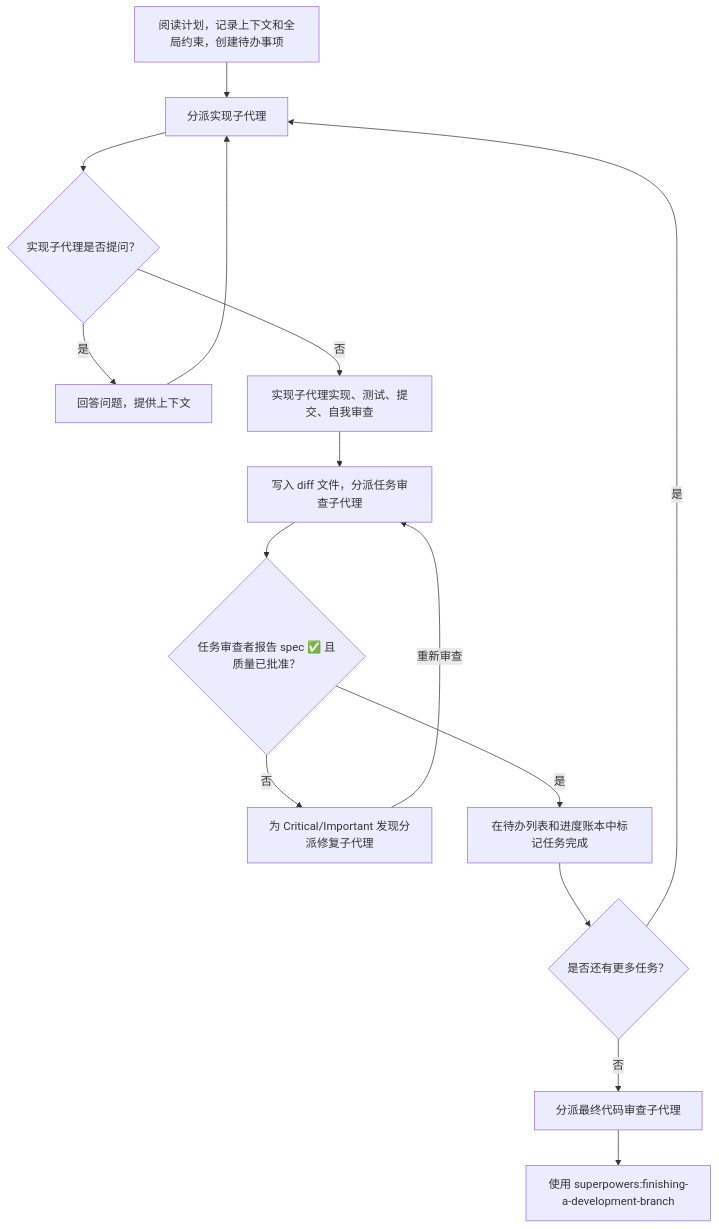
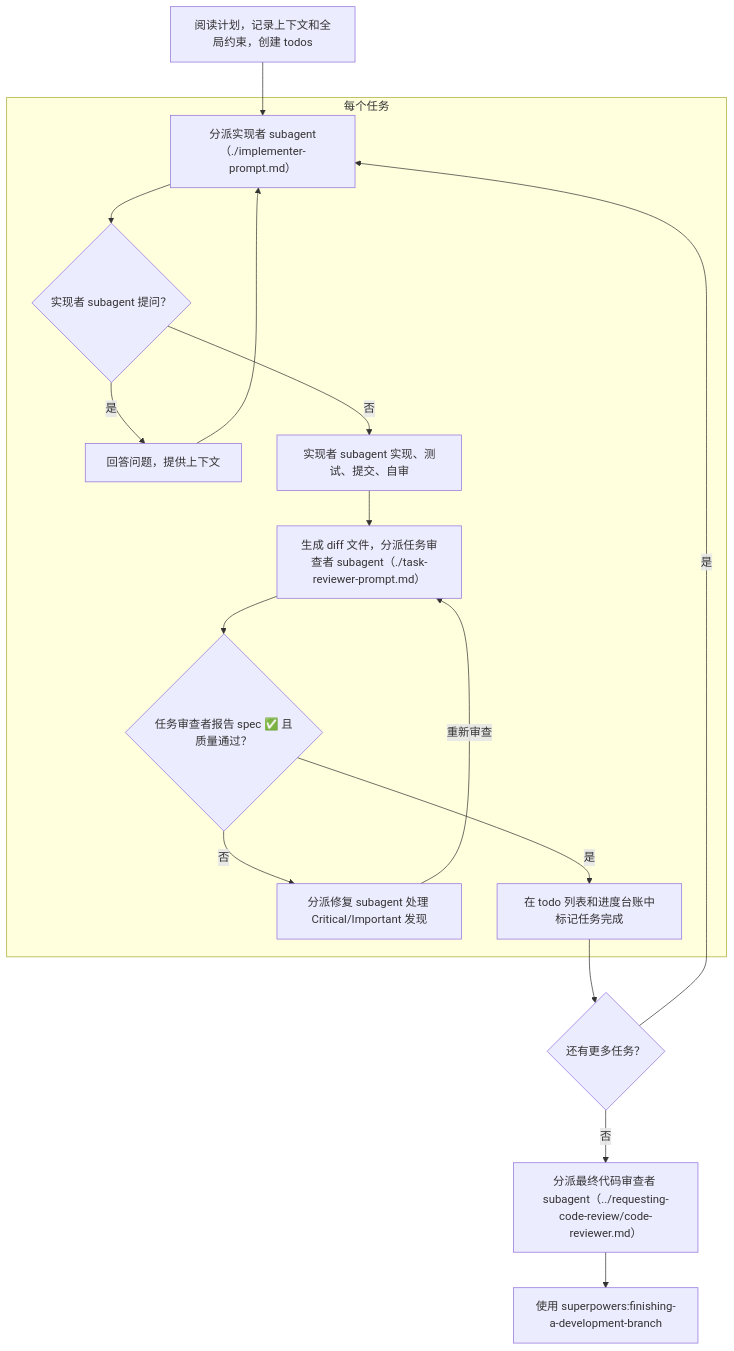
The second of 2 diagrams in superpowers/skills/subagent-driven-development/SKILL_cn.md (zhliner/aiTips), drawn with Mermaid before and after one commit. The commit also changed other lines of this file and 35 other files, not shown here.

````diff
--- a/superpowers/skills/subagent-driven-development/SKILL_cn.md
+++ b/superpowers/skills/subagent-driven-development/SKILL_cn.md
@@ -45,30 +46,33 @@
 ```mermaid
 flowchart TB
-    A[阅读计划，记录上下文和全局约束，创建待办事项]
-    B[分派实现子代理]
-    C{实现子代理是否提问？}
-    D[回答问题，提供上下文]
-    E[实现子代理实现、测试、提交、自我审查]
-    F[写入 diff 文件，分派任务审查子代理]
-    G{任务审查者报告 spec ✅ 且质量已批准？}
-    H[为 Critical/Important 发现分派修复子代理]
-    I[在待办列表和进度账本中标记任务完成]
-    J{是否还有更多任务？}
-    K[分派最终代码审查子代理]
-    L[使用 superpowers:finishing-a-development-branch]
+    subgraph PerTask["每个任务"]
+        A["分派实现者 subagent（./implementer-prompt.md）"]
+        B{"实现者 subagent 提问？"}
+        C["回答问题，提供上下文"]
+        D["实现者 subagent 实现、测试、提交、自审"]
+        E["生成 diff 文件，分派任务审查者 subagent（./task-reviewer-prompt.md）"]
+        F{"任务审查者报告 spec ✅ 且质量通过？"}
+        G["分派修复 subagent 处理 Critical/Important 发现"]
+        H["在 todo 列表和进度台账中标记任务完成"]
+    end
 
+    R["阅读计划，记录上下文和全局约束，创建 todos"]
+    S{"还有更多任务？"}
+    T["分派最终代码审查者 subagent（../requesting-code-review/code-reviewer.md）"]
+    U["使用 superpowers:finishing-a-development-branch"]
+
+    R --> A
     A --> B
-    B --> C
-    C -->|是| D
-    D --> B
-    C -->|否| E
+    B -->|是| C
+    C --> A
+    B -->|否| D
+    D --> E
     E --> F
-    F --> G
-    G -->|否| H
-    H -->|重新审查| F
-    G -->|是| I
-    I --> J
-    J -->|是| B
-    J -->|否| K
-    K --> L
+    F -->|否| G
+    G -->|"重新审查"| E
+    F -->|是| H
+    H --> S
+    S -->|是| A
+    S -->|否| T
+    T --> U
 ```
````
